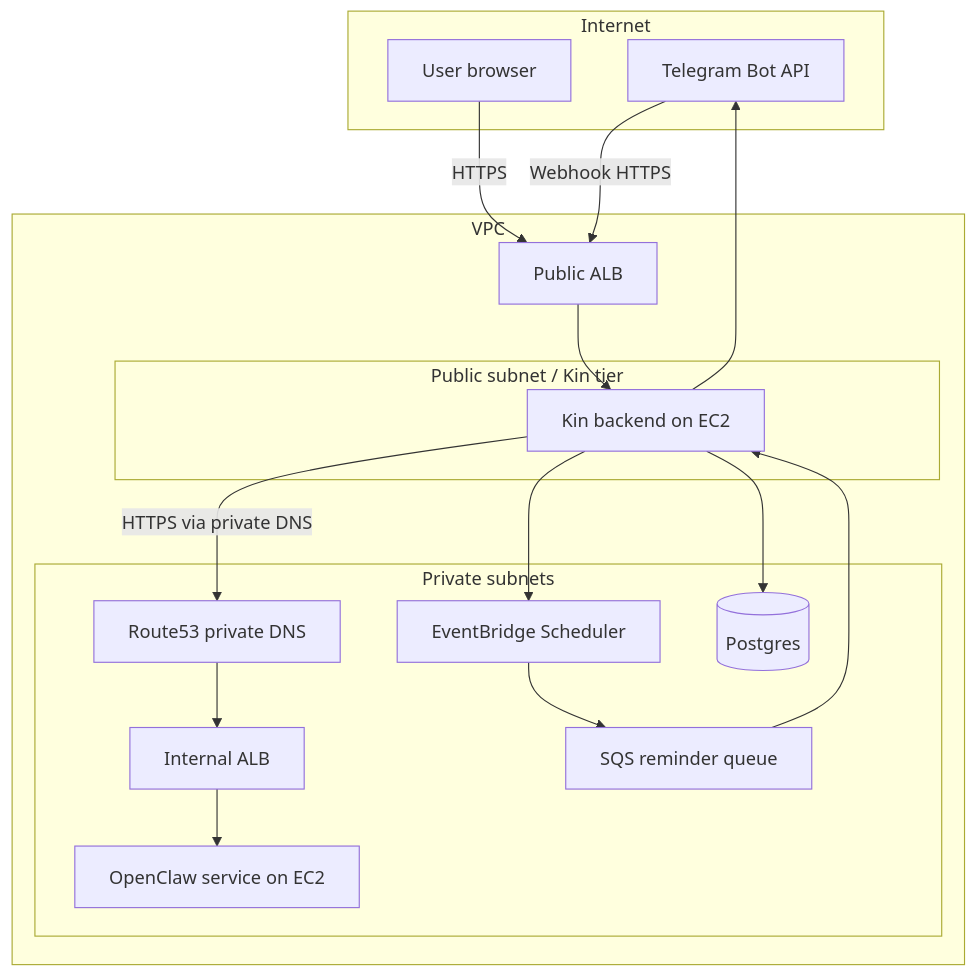
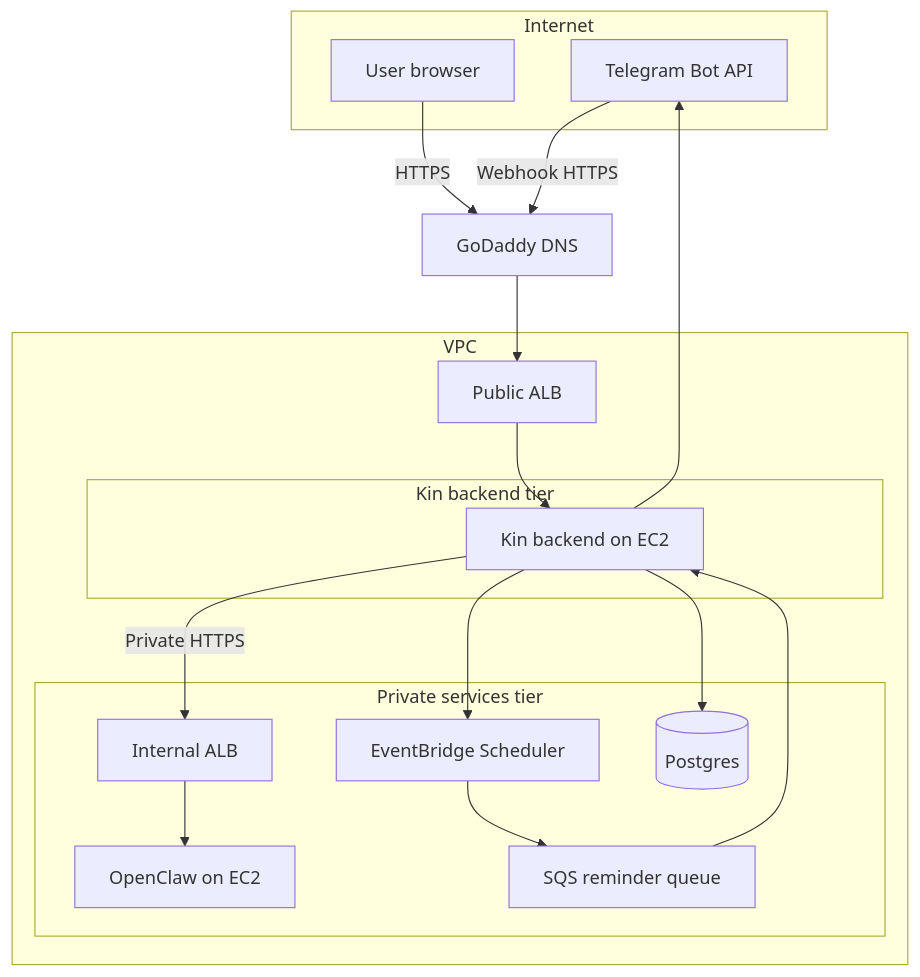
Before and after one commit to danieljcheung/kin: the second of 4 diagrams in README.md, drawn with Mermaid. The commit also changed other lines of this file, not shown here.

````diff
--- a/README.md
+++ b/README.md
@@ -74,38 +76,39 @@
 ```mermaid
 flowchart TB
   subgraph Internet
     TG[Telegram Bot API]
     WEB[User browser]
   end
 
   subgraph AWS[VPC]
     PUBALB[Public ALB]
 
-    subgraph PublicTier[Public subnet / Kin tier]
+    subgraph PublicTier[Kin backend tier]
       KIN[Kin backend on EC2]
     end
 
-    subgraph PrivateTier[Private subnets]
+    subgraph PrivateTier[Private services tier]
       IALB[Internal ALB]
-      OC[OpenClaw service on EC2]
-      R53[Route53 private DNS]
+      OC[OpenClaw on EC2]
       SCH[EventBridge Scheduler]
       Q[SQS reminder queue]
       DB[(Postgres)]
     end
   end
 
-  WEB -->|HTTPS| PUBALB
-  TG -->|Webhook HTTPS| PUBALB
+  GD[GoDaddy DNS]
+
+  WEB -->|HTTPS| GD
+  TG -->|Webhook HTTPS| GD
+  GD --> PUBALB
   PUBALB --> KIN
 
   KIN --> DB
-  KIN -->|HTTPS via private DNS| R53
-  R53 --> IALB
+  KIN -->|Private HTTPS| IALB
   IALB --> OC
 
   KIN --> SCH
   SCH --> Q
   Q --> KIN
   KIN --> TG
 ```
````
